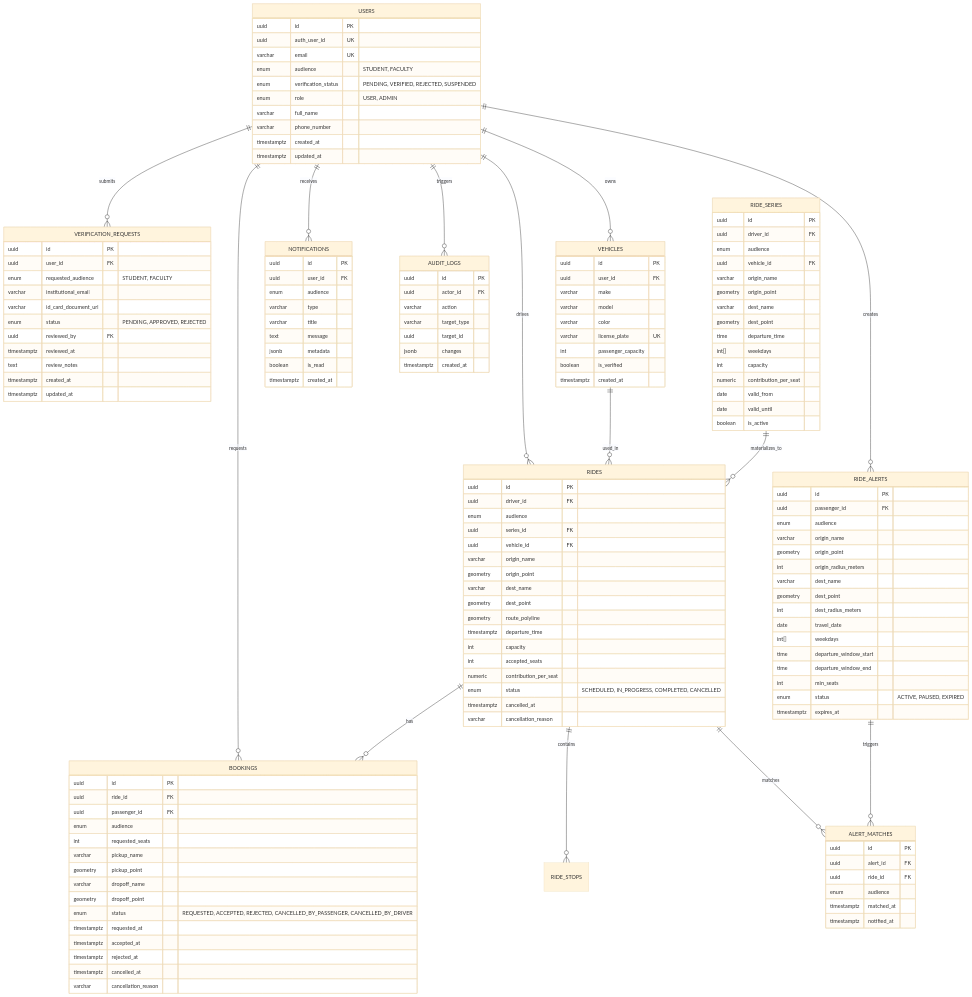
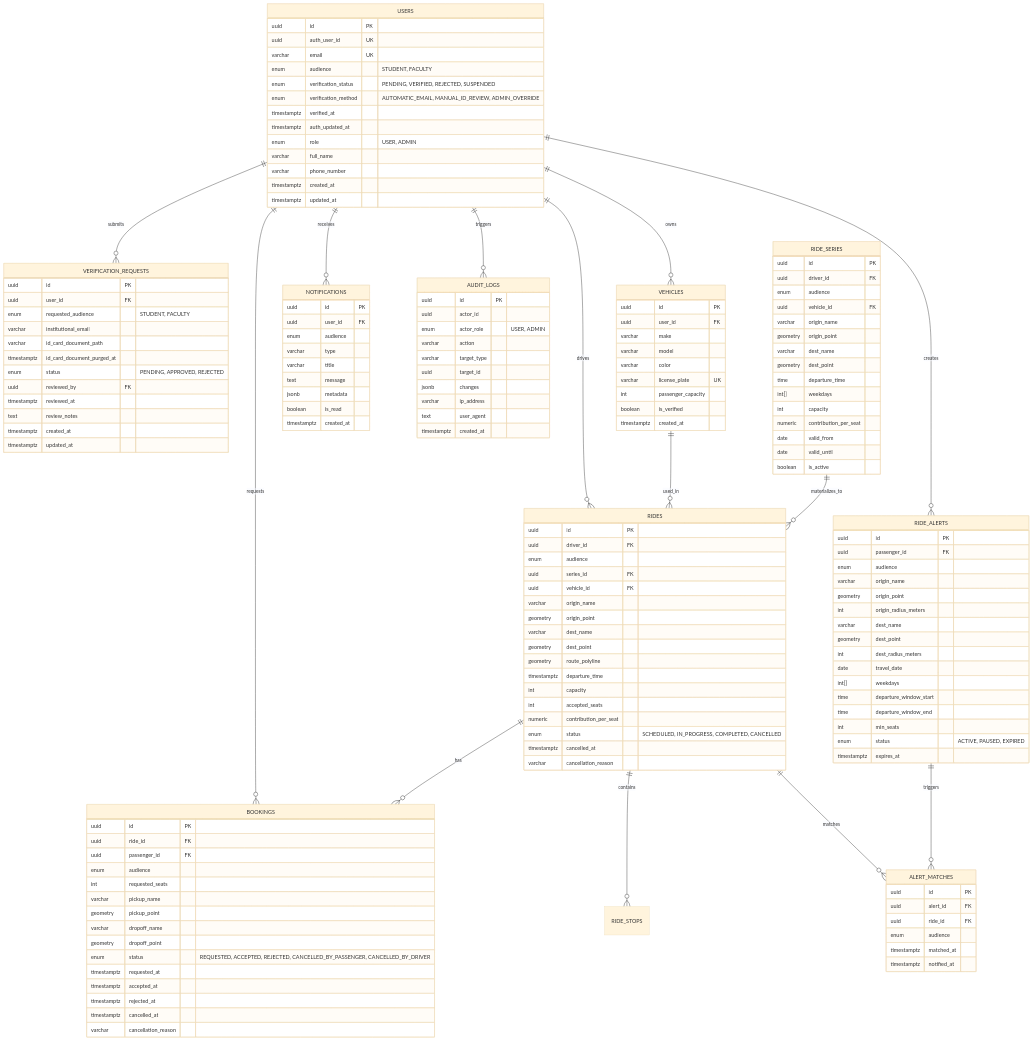
The first of 4 diagrams in docs/DATABASE-DESIGN.md (ByteWizard750/vit-carpool), drawn with Mermaid (base theme) before and after one commit. The commit also changed other lines of this file and 31 other files, not shown here.

````diff
--- a/docs/DATABASE-DESIGN.md
+++ b/docs/DATABASE-DESIGN.md
@@ -33,6 +33,9 @@
         varchar email UK
         enum audience "STUDENT, FACULTY"
         enum verification_status "PENDING, VERIFIED, REJECTED, SUSPENDED"
+        enum verification_method "AUTOMATIC_EMAIL, MANUAL_ID_REVIEW, ADMIN_OVERRIDE"
+        timestamptz verified_at
+        timestamptz auth_updated_at
         enum role "USER, ADMIN"
         varchar full_name
         varchar phone_number
@@ -45,7 +48,8 @@
         uuid user_id FK
         enum requested_audience "STUDENT, FACULTY"
         varchar institutional_email
-        varchar id_card_document_url
+        varchar id_card_document_path
+        timestamptz id_card_document_purged_at
         enum status "PENDING, APPROVED, REJECTED"
         uuid reviewed_by FK
         timestamptz reviewed_at
@@ -164,11 +168,14 @@
 
     AUDIT_LOGS {
         uuid id PK
-        uuid actor_id FK
+        uuid actor_id
+        enum actor_role "USER, ADMIN"
         varchar action
         varchar target_type
         uuid target_id
         jsonb changes
+        varchar ip_address
+        text user_agent
         timestamptz created_at
     }
 ```
````
